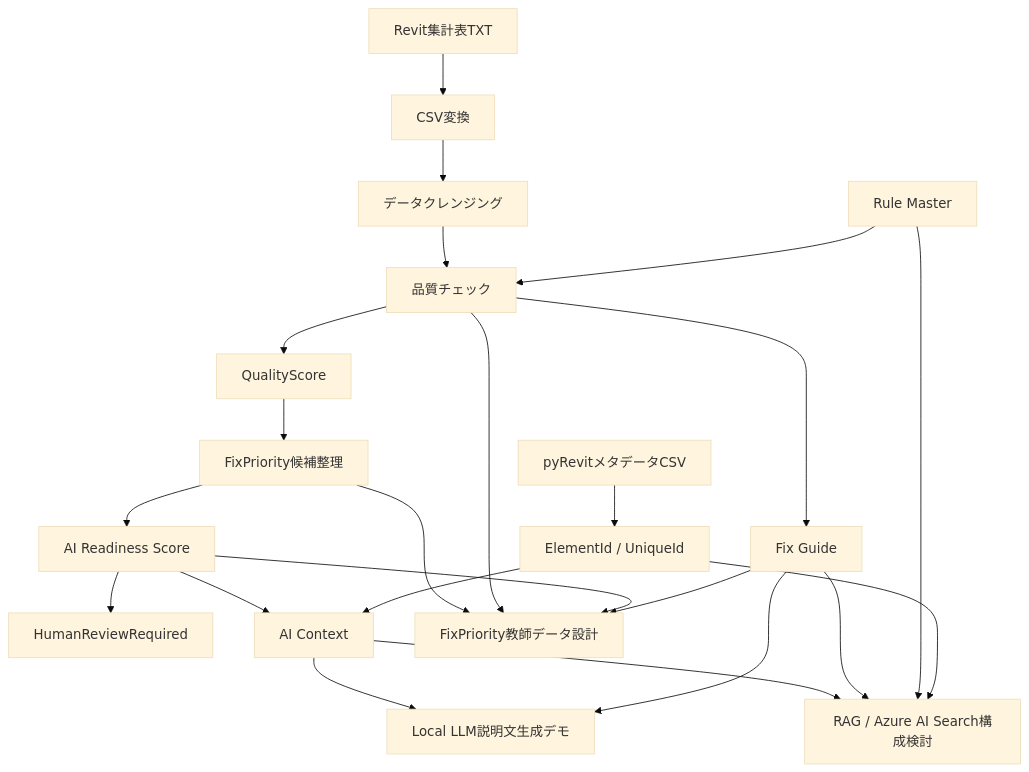
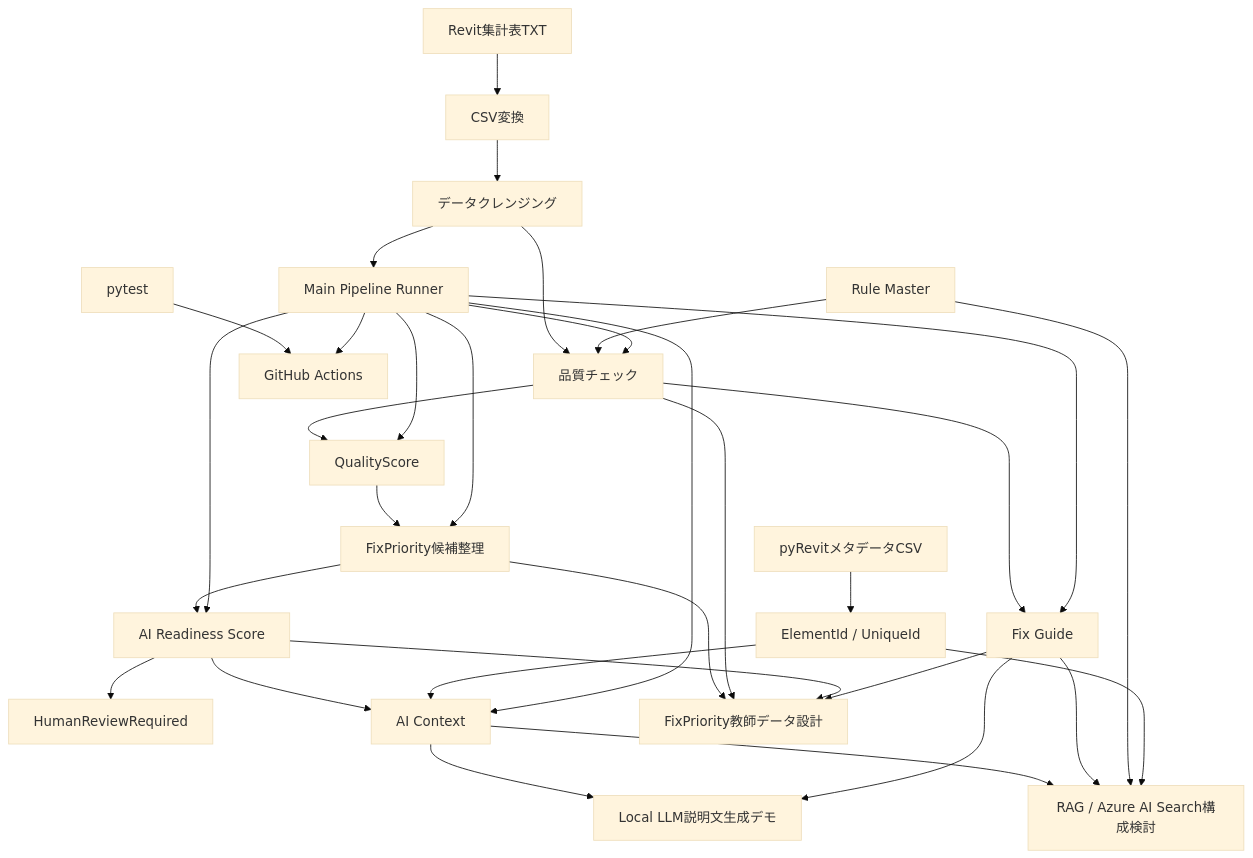
One commit to takahashi-365/bim-quality-poc changed the diagram in README.md. Above: the diagram before and after it, drawn with Mermaid (base theme). The commit also changed other lines of this file, not shown here.

````diff
--- a/README.md
+++ b/README.md
@@ -71,31 +281,42 @@
 ```mermaid
 flowchart TD
     A[Revit集計表TXT] --> B[CSV変換]
     B --> C[データクレンジング]
     C --> D[品質チェック]
 
     R[Rule Master] --> D
 
     D --> E[QualityScore]
     E --> F[FixPriority候補整理]
     F --> G[AI Readiness Score]
     G --> H[HumanReviewRequired]
     G --> I[AI Context]
     D --> J[Fix Guide]
 
     I --> K[Local LLM説明文生成デモ]
     J --> K
 
     I --> L[RAG / Azure AI Search構成検討]
     J --> L
     R --> L
 
     F --> M[FixPriority教師データ設計]
     D --> M
     G --> M
     J --> M
 
     P[pyRevitメタデータCSV] --> Q[ElementId / UniqueId]
     Q --> I
     Q --> L
+
+    C --> N[Main Pipeline Runner]
+    N --> D
+    N --> E
+    N --> F
+    N --> G
+    N --> I
+    N --> J
+
+    T[pytest] --> U[GitHub Actions]
+    N --> U
 ```
````
